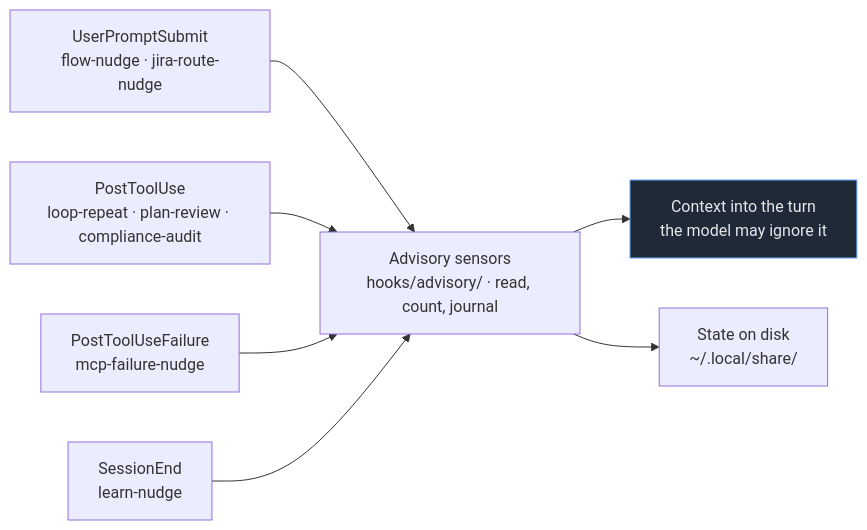
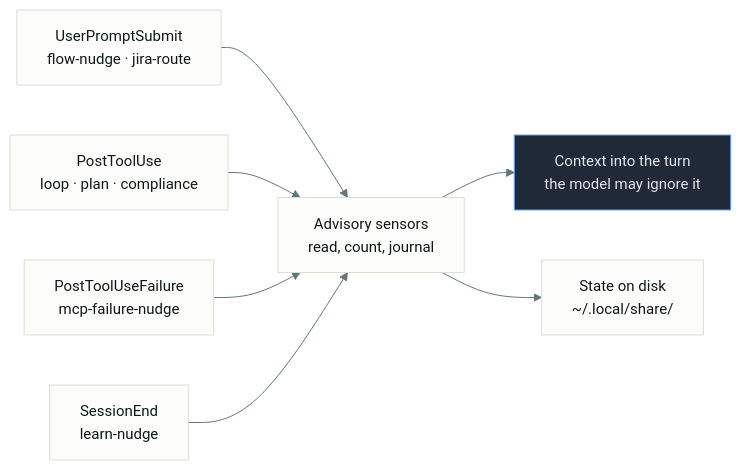
The third of 10 diagrams in docs/workflow-diagrams.md (wasikarn/matt-harness), drawn with Mermaid before and after one commit. The commit also changed other lines of this file and 12 other files, not shown here.

Commit message:
docs(diagrams): add tiered-pipeline + score-decision figures, theme mermaid blocks, extend version-bump gate, v0.68.512

````diff
--- a/docs/workflow-diagrams.md
+++ b/docs/workflow-diagrams.md
@@ -122,13 +147,26 @@
 ```mermaid
+%%{init: {
+  'theme':'base',
+  'themeVariables': {
+    'primaryColor':'#fcfcfa',
+    'primaryBorderColor':'#ddddd6',
+    'primaryTextColor':'#0f1718',
+    'lineColor':'#65767a',
+    'secondaryColor':'#dceff0',
+    'tertiaryColor':'#e7edec',
+    'fontFamily':'Source Serif 4, Charter, Georgia, serif',
+    'fontSize':'15px'
+  }
+}}%%
 flowchart LR
-    E1["UserPromptSubmit<br/>flow-nudge · jira-route-nudge"] --> S
-    E2["PostToolUse<br/>loop-repeat · plan-review · compliance-audit"] --> S
+    E1["UserPromptSubmit<br/>flow-nudge · jira-route"] --> S
+    E2["PostToolUse<br/>loop · plan · compliance"] --> S
     E3["PostToolUseFailure<br/>mcp-failure-nudge"] --> S
     E4["SessionEnd<br/>learn-nudge"] --> S
-    S["Advisory sensors<br/>hooks/advisory/ · read, count, journal"]
+    S["Advisory sensors<br/>read, count, journal"]
     S --> C["Context into the turn<br/>the model may ignore it"]
     S --> D["State on disk<br/>~/.local/share/"]
 
     classDef det fill:#1f2937,stroke:#60a5fa,color:#e5e7eb
     class C det
 ```
````
